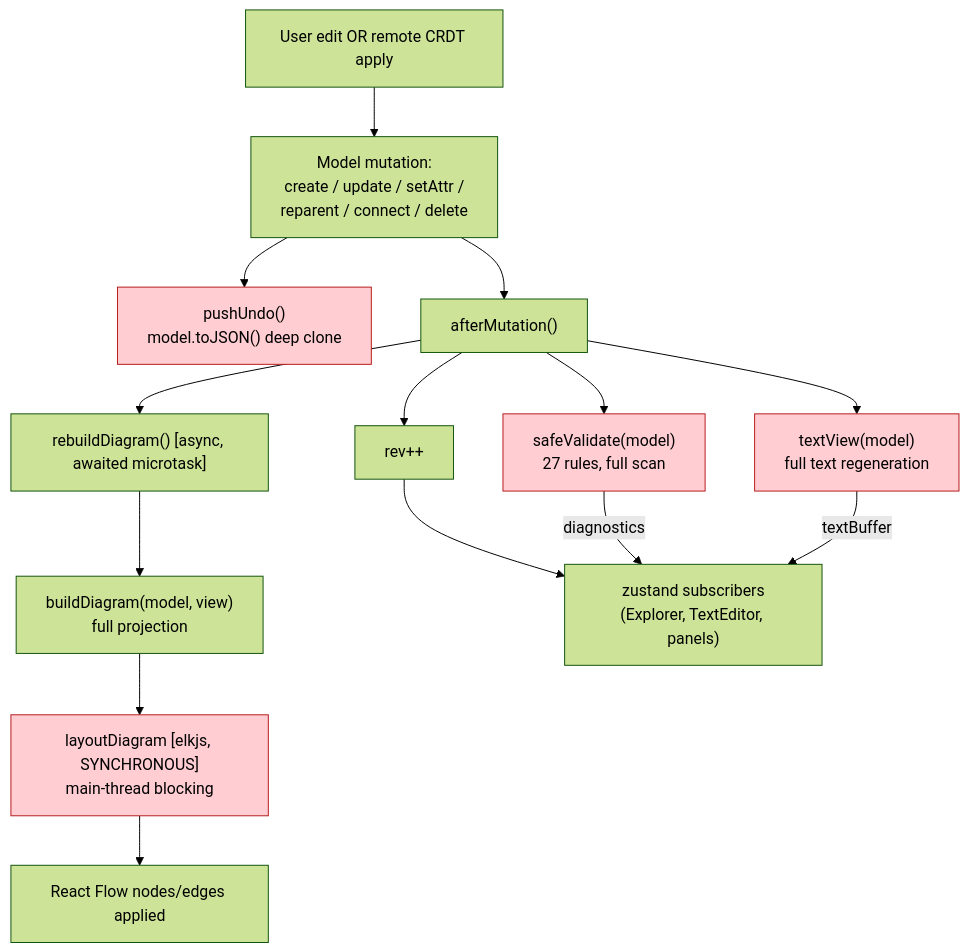
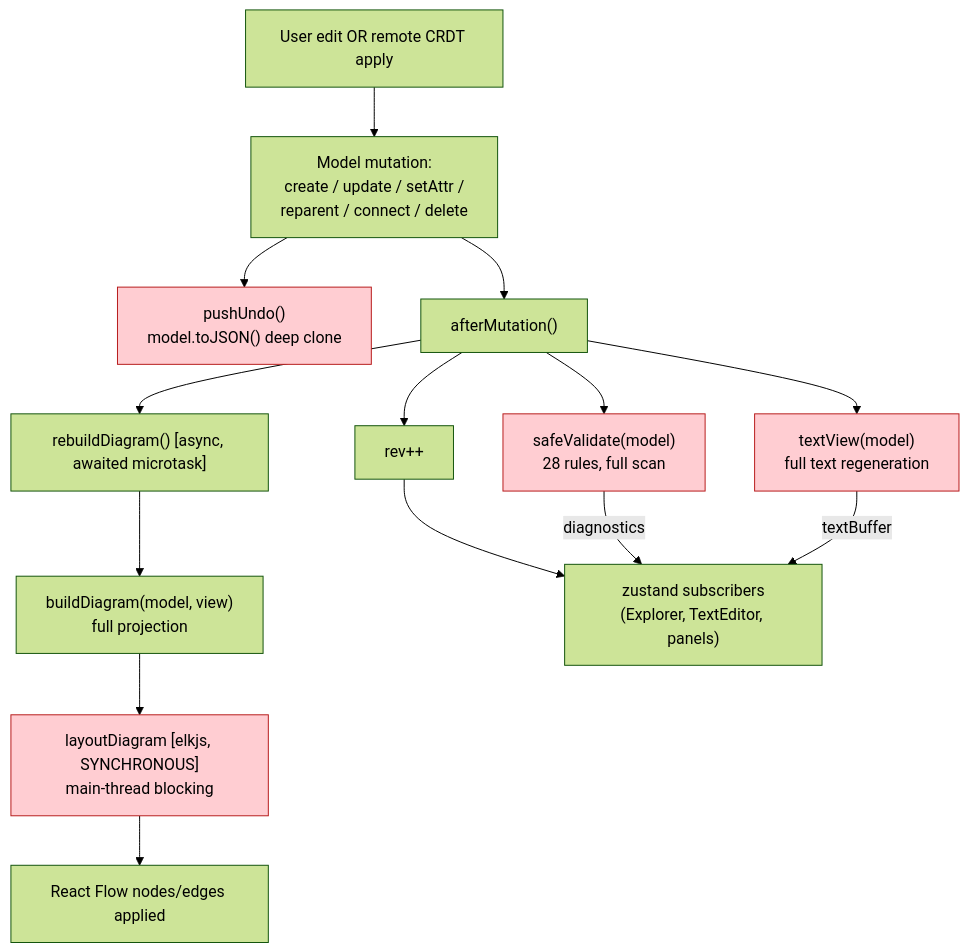
Before and after one commit to cosmindxu/sysprose: the third of 7 diagrams in docs/architecture/05-data-flow.md, drawn with Mermaid (forest theme). The commit also changed 32 other files, not shown here.

````diff
--- a/docs/architecture/05-data-flow.md
+++ b/docs/architecture/05-data-flow.md
@@ -98,32 +98,32 @@
 ```mermaid
 flowchart TB
     trigger["User edit OR remote CRDT apply"]
     op["Model mutation:\ncreate / update / setAttr /\nreparent / connect / delete"]
     pushUndo["pushUndo()\nmodel.toJSON() deep clone"]
     afterMut["afterMutation()"]
-    validate["safeValidate(model)\n27 rules, full scan"]
+    validate["safeValidate(model)\n28 rules, full scan"]
     serialize["textView(model)\nfull text regeneration"]
     bump["rev++"]
     rebuild["rebuildDiagram() [async, awaited microtask]"]
     build["buildDiagram(model, view)\nfull projection"]
     layout["layoutDiagram [elkjs, SYNCHRONOUS]\nmain-thread blocking"]
     apply["React Flow nodes/edges applied"]
     listeners[" zustand subscribers\n(Explorer, TextEditor, panels)"]
 
     trigger --> op
     op --> pushUndo
     op --> afterMut
     afterMut --> validate
     afterMut --> serialize
     afterMut --> bump
     afterMut --> rebuild
     rebuild --> build
     build --> layout
     layout --> apply
     bump --> listeners
     validate -->|diagnostics| listeners
     serialize -->|textBuffer| listeners
 
     classDef hot fill:#ffcdd2,stroke:#b71c1c
     class validate,serialize,layout,pushUndo hot
 ```
````
